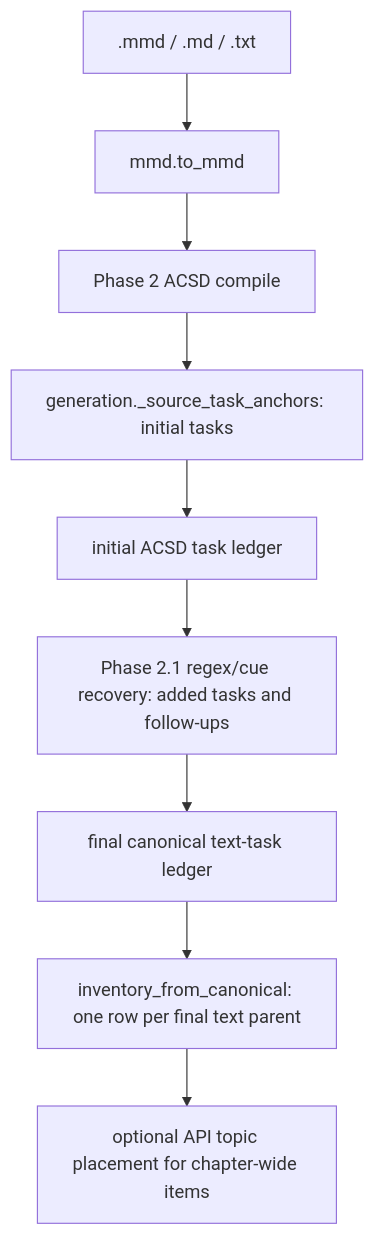
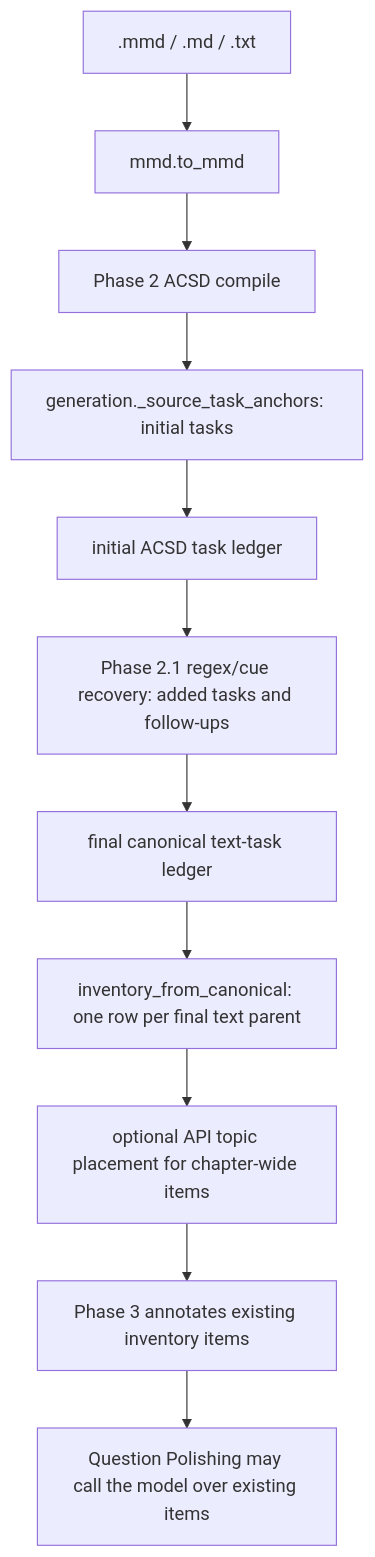
One commit to mohithmohan07/ProjectAegis changed the diagram in docs/spec-question-extraction.md. Above: the diagram before and after it, drawn with Mermaid. The commit also changed other lines of this file, not shown here.

Commit message:
Reconcile the question extraction spec with Step 8

````diff
--- a/docs/spec-question-extraction.md
+++ b/docs/spec-question-extraction.md
@@ -46,11 +51,13 @@
 ```mermaid
 flowchart TD
     A[".mmd / .md / .txt"] --> B["mmd.to_mmd"]
     B --> C["Phase 2 ACSD compile"]
     C --> D["generation._source_task_anchors: initial tasks"]
     D --> E["initial ACSD task ledger"]
     E --> R["Phase 2.1 regex/cue recovery: added tasks and follow-ups"]
     R --> L["final canonical text-task ledger"]
     L --> F["inventory_from_canonical: one row per final text parent"]
     F --> G["optional API topic placement for chapter-wide items"]
+    G --> H["Phase 3 annotates existing inventory items"]
+    H --> I["Question Polishing may call the model over existing items"]
 ```
````
